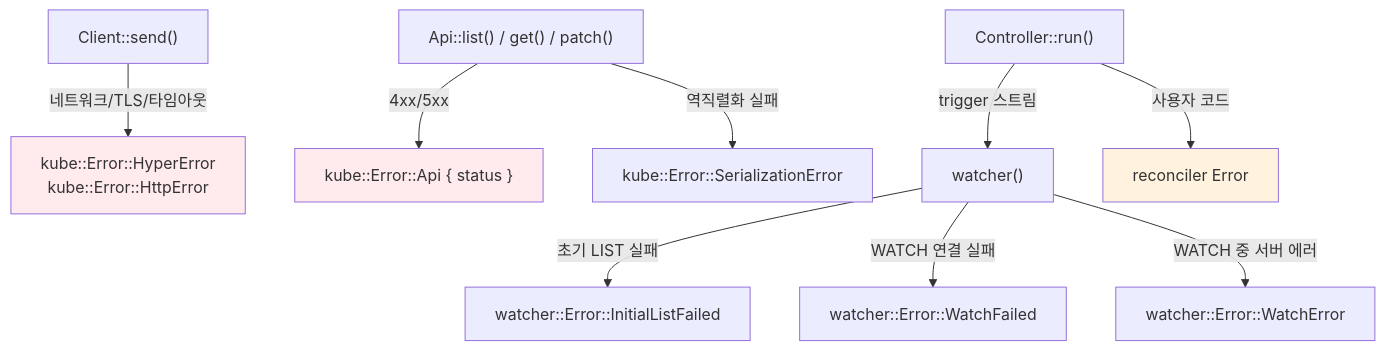
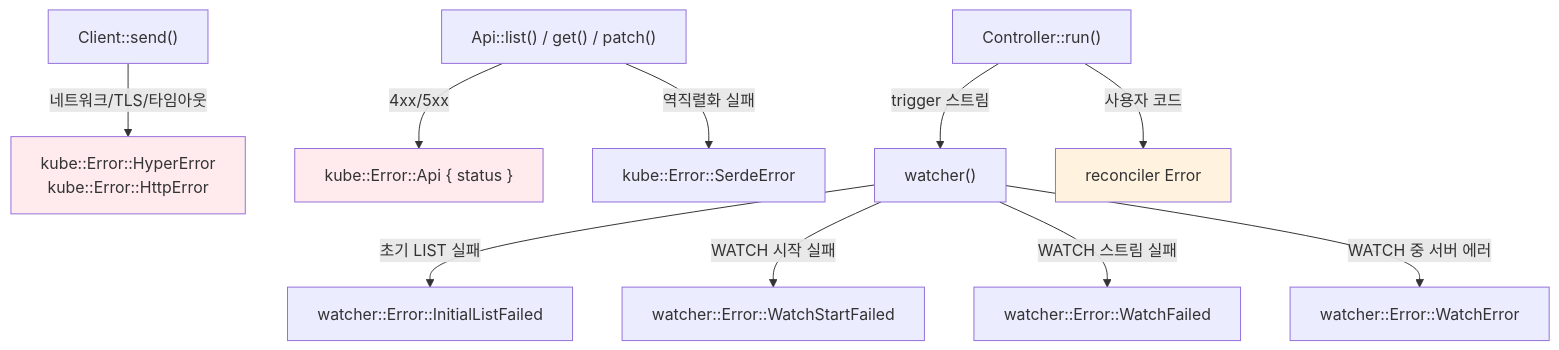
The diagram in docs/kube/patterns/error-handling-and-backoff.md (doxxx93/doxxx.dev), drawn with Mermaid before and after one commit. The commit also changed other lines of this file and 5 other files, not shown here.

````diff
--- a/docs/kube/patterns/error-handling-and-backoff.md
+++ b/docs/kube/patterns/error-handling-and-backoff.md
@@ -13,15 +13,16 @@
 ```mermaid
 graph TD
     A["Client::send()"] -->|"네트워크/TLS/타임아웃"| E1["kube::Error::HyperError<br/>kube::Error::HttpError"]
     B["Api::list() / get() / patch()"] -->|"4xx/5xx"| E2["kube::Error::Api { status }"]
-    B -->|"역직렬화 실패"| E3["kube::Error::SerializationError"]
+    B -->|"역직렬화 실패"| E3["kube::Error::SerdeError"]
     C["watcher()"] -->|"초기 LIST 실패"| E4["watcher::Error::InitialListFailed"]
-    C -->|"WATCH 연결 실패"| E5["watcher::Error::WatchFailed"]
+    C -->|"WATCH 시작 실패"| E5["watcher::Error::WatchStartFailed"]
+    C -->|"WATCH 스트림 실패"| E5b["watcher::Error::WatchFailed"]
     C -->|"WATCH 중 서버 에러"| E6["watcher::Error::WatchError"]
     D["Controller::run()"] -->|"trigger 스트림"| C
     D -->|"사용자 코드"| E7["reconciler Error"]
 
     style E1 fill:#ffebee
     style E2 fill:#ffebee
     style E7 fill:#fff3e0
 ```
````
